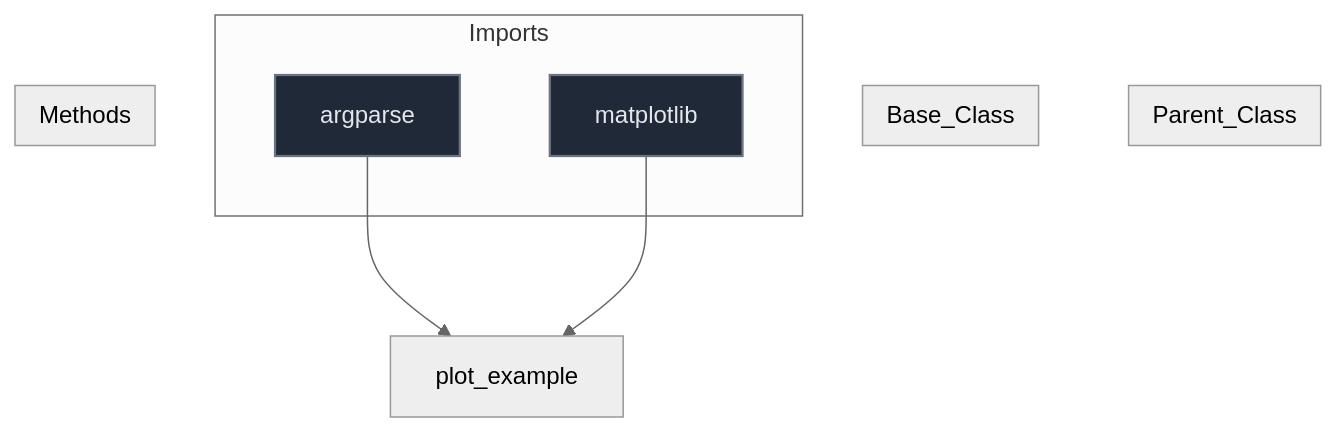
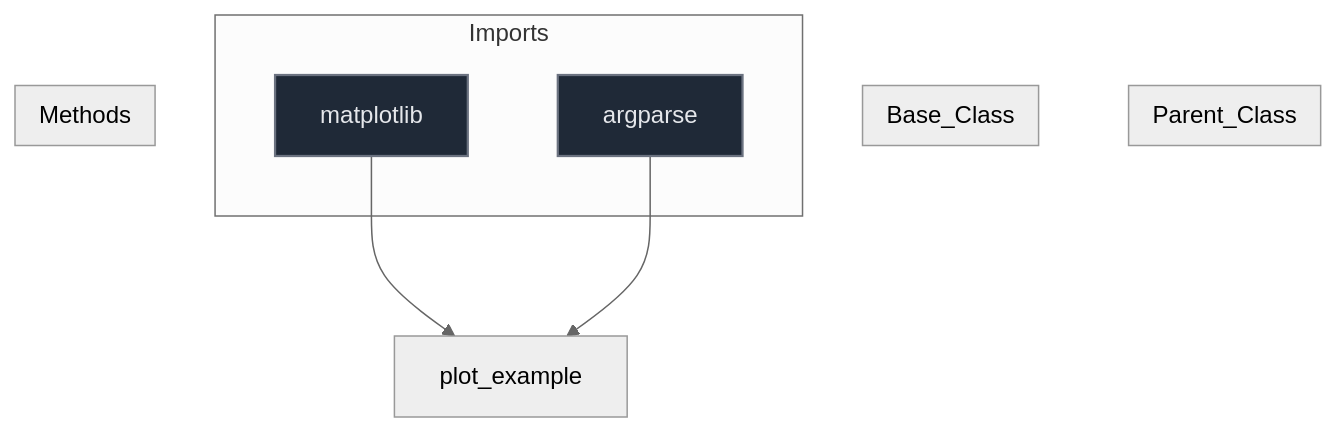
One commit to mllam/neural-lam changed the diagram in docs/diagrams/plot_example_diagram.md. Above: the diagram before and after it, drawn with Mermaid (neutral theme). The commit also changed 19 other files, not shown here.

Commit message:
Auto-update Mermaid diagrams

````diff
--- a/docs/diagrams/plot_example_diagram.md
+++ b/docs/diagrams/plot_example_diagram.md
@@ -1,33 +1,33 @@
 ```mermaid
 %%{init: {'flowchart': {'nodeSpacing': 60, 'rankSpacing': 80}}}%%
 flowchart TD
 
 module["plot_example"]
 
 subgraph Parent_Class
 end
 
 subgraph Base_Class
 end
 
 
 subgraph Imports
+    matplotlib["matplotlib"]
     argparse["argparse"]
-    matplotlib["matplotlib"]
 end
 
+    matplotlib --> module
     argparse --> module
-    matplotlib --> module
 
 subgraph Methods
 end
 
 
 classDef parent fill:#0f172a,stroke:#3b82f6,stroke-width:2px,color:#f1f5f9,font-size:16px
 classDef base fill:#78350f,stroke:#f59e0b,stroke-width:1px,color:#fde68a,font-size:16px
 classDef import fill:#1f2937,stroke:#6b7280,stroke-width:1.5px,color:#e5e7eb,font-size:16px
 classDef method fill:#2d043f,stroke:#7c3aed,stroke-width:1.5px,color:#ede9fe,font-size:16px
 classDef callNode fill:#064e3b,stroke:#10b981,stroke-width:1.5px,color:#d1fae5,font-size:16px
-class argparse,matplotlib import
+class matplotlib,argparse import
 
 ```
````
